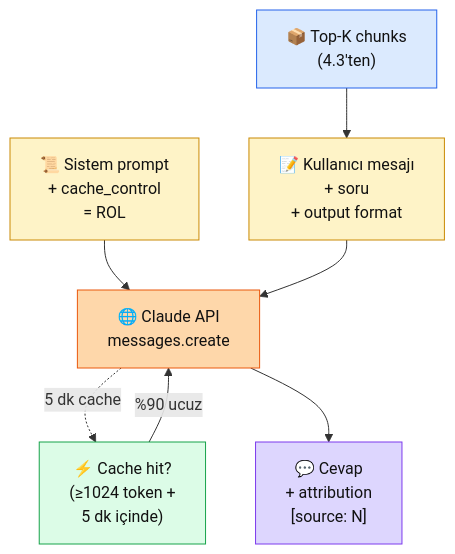
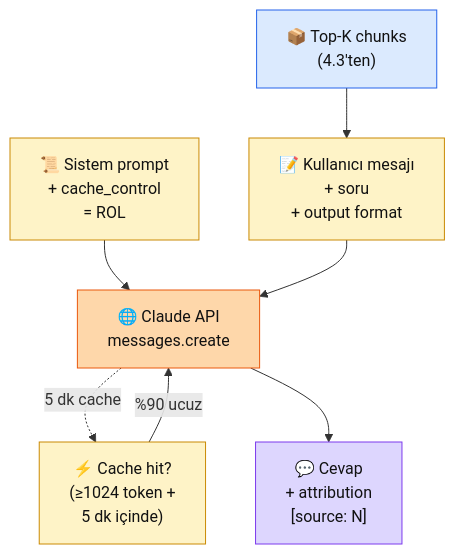
The diagram in docs/bolum-4/04-context-eng.md (KemalG-u/muhendisal-platform), drawn with Mermaid before and after one commit. The commit also changed other lines of this file and 8 other files, not shown here.

````diff
--- a/docs/bolum-4/04-context-eng.md
+++ b/docs/bolum-4/04-context-eng.md
@@ -38,27 +39,27 @@
 ```mermaid
 flowchart TB
   CH["📦 Top-K chunks\n(4.3'ten)"]
   SYS["📜 Sistem prompt\n+ cache_control\n= ROL"]
   TMPL["📝 Kullanıcı mesajı\n<chunks> + soru\n+ output format"]
   API["🌐 Claude API\nmessages.create"]
   CACHE["⚡ Cache hit?\n(≥1024 token +\n5 dk içinde)"]
   RESP["💬 Cevap\n+ attribution\n[source: N]"]
 
   CH --> TMPL
   SYS --> API
   TMPL --> API
   API -.5 dk cache.-> CACHE
   CACHE -->|%90 ucuz| API
   API --> RESP
 
   classDef veri fill:#dbeafe,stroke:#2563eb,color:#111
   classDef tmpl fill:#fef3c7,stroke:#ca8a04,color:#111
   classDef uzak fill:#fed7aa,stroke:#ea580c,color:#111
-  classDef cache fill:#dcfce7,stroke:#16a34a,color:#111
+  classDef cache fill:#fef3c7,stroke:#ca8a04,color:#111
   classDef hed fill:#ddd6fe,stroke:#7c3aed,color:#111
   class CH veri
   class SYS,TMPL tmpl
   class API uzak
   class CACHE cache
   class RESP hed
 ```
````
